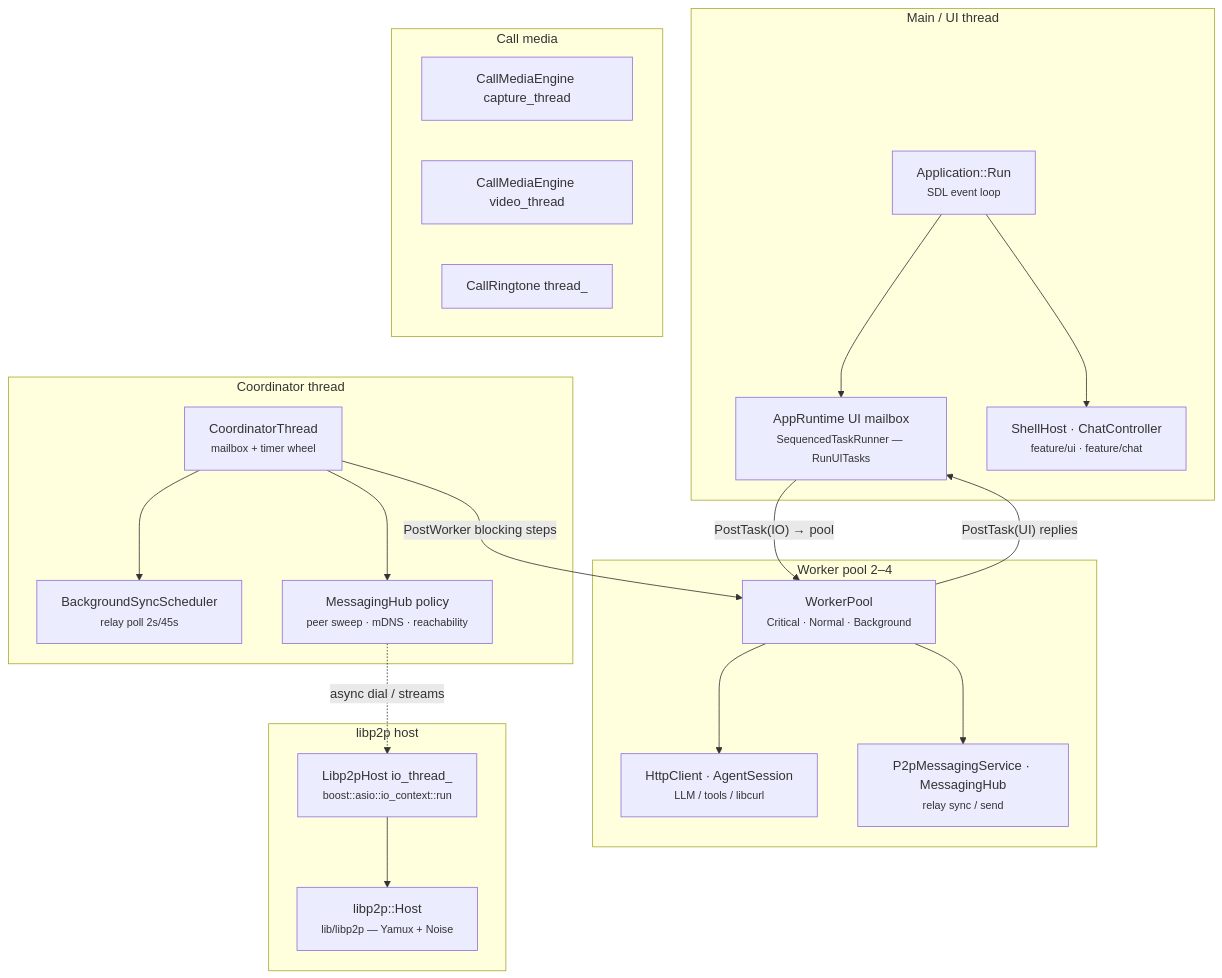
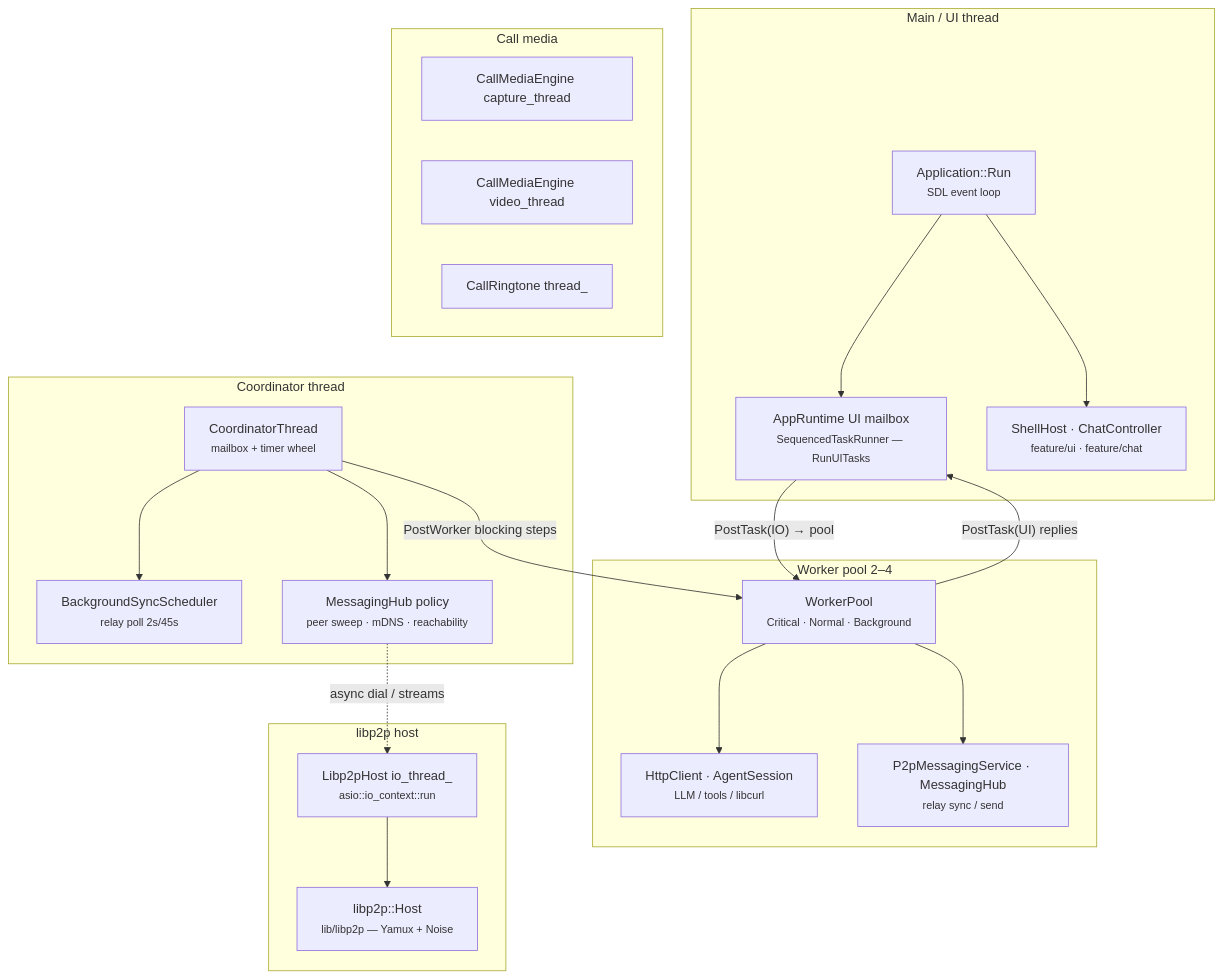
The fourth of 4 diagrams in docs/architecture/RUNTIME_COMPOSITION.md (people-post/pp-browser), drawn with Mermaid before and after one commit. The commit also changed other lines of this file and 6 other files, not shown here.

First line of the commit message:
Slim Boost after Asio: drop System, migrate pp-node HTTP

````diff
--- a/docs/architecture/RUNTIME_COMPOSITION.md
+++ b/docs/architecture/RUNTIME_COMPOSITION.md
@@ -234,43 +234,43 @@
 ```mermaid
 flowchart TB
   subgraph main["Main / UI thread"]
     SDL["Application::Run<br/><small>SDL event loop</small>"]
     UIQ["AppRuntime UI mailbox<br/><small>SequencedTaskRunner — RunUITasks</small>"]
     ShellTick["ShellHost · ChatController<br/><small>feature/ui · feature/chat</small>"]
     SDL --> UIQ
     SDL --> ShellTick
   end
 
   subgraph coord["Coordinator thread"]
     Coord["CoordinatorThread<br/><small>mailbox + timer wheel</small>"]
     RelayPoll["BackgroundSyncScheduler<br/><small>relay poll 2s/45s</small>"]
     HubPolicy["MessagingHub policy<br/><small>peer sweep · mDNS · reachability</small>"]
     Coord --> RelayPoll
     Coord --> HubPolicy
   end
 
   subgraph pool["Worker pool 2–4"]
     Pool["WorkerPool<br/><small>Critical · Normal · Background</small>"]
     Http["HttpClient · AgentSession<br/><small>LLM / tools / libcurl</small>"]
     P2pWork["P2pMessagingService · MessagingHub<br/><small>relay sync / send</small>"]
     Pool --> Http
     Pool --> P2pWork
   end
 
   subgraph libp2p_stack["libp2p host"]
-    LpIo["Libp2pHost io_thread_<br/><small>boost::asio::io_context::run</small>"]
+    LpIo["Libp2pHost io_thread_<br/><small>asio::io_context::run</small>"]
     Host["libp2p::Host<br/><small>lib/libp2p — Yamux + Noise</small>"]
     LpIo --> Host
   end
 
   subgraph media_stack["Call media"]
     Cap["CallMediaEngine capture_thread"]
     Vid["CallMediaEngine video_thread"]
     Ring["CallRingtone thread_"]
   end
 
   UIQ -->|"PostTask(IO) → pool"| Pool
   Pool -->|"PostTask(UI) replies"| UIQ
   Coord -->|"PostWorker blocking steps"| Pool
   HubPolicy -.->|"async dial / streams"| LpIo
 ```
````
